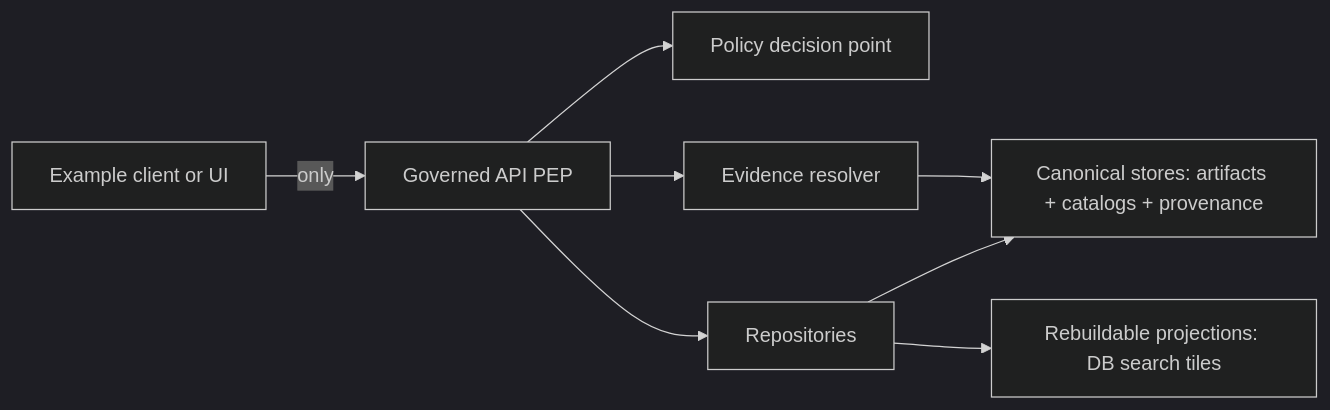
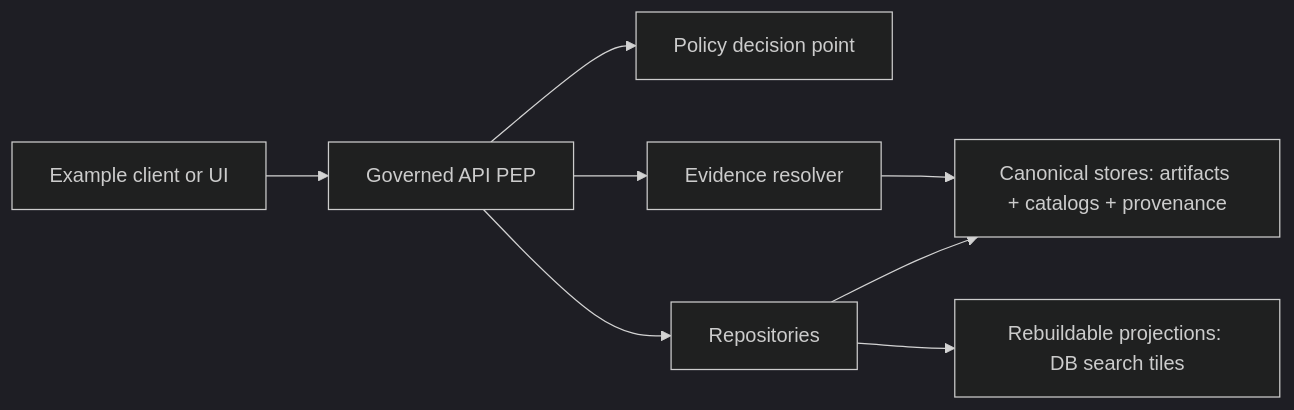
Before and after one commit to bartytime4life/Kansas-Frontier-Matrix: the second of 2 diagrams in examples/README.md, drawn with Mermaid (dark theme). The commit also changed other lines of this file, not shown here.

````diff
--- a/examples/README.md
+++ b/examples/README.md
@@ -142,10 +158,10 @@
 ```mermaid
 flowchart LR
-  Client[Example client or UI] -->|only| PEP[Governed API PEP]
+  Client[Example client or UI] --> PEP[Governed API PEP]
   PEP --> PDP[Policy decision point]
   PEP --> Resolver[Evidence resolver]
   PEP --> Repos[Repositories]
   Repos --> Canon[Canonical stores: artifacts + catalogs + provenance]
   Repos --> Proj[Rebuildable projections: DB search tiles]
   Resolver --> Canon
 ```
````
